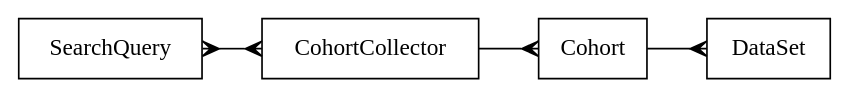
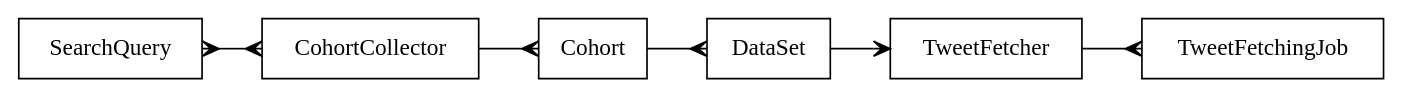
The diagram in doc/charts/architecture.dot (berkmancenter/odie_backend), drawn with Graphviz before and after one commit. The commit also changed 4 other files, not shown here.

```diff
--- a/doc/charts/architecture.dot
+++ b/doc/charts/architecture.dot
@@ -1,18 +1,22 @@
 // dot doc/charts/architecture.dot -Tpng > doc/charts/architecture.png
 // requires installation of GraphViz (brew install graphviz, or
 // http://www.graphviz.org/Download.php if that doesn't work)
 
 digraph G {
   concentrate=true
   rankdir=LR
   {
     "SearchQuery" [shape=box]
     "CohortCollector" [shape=box]
     "Cohort" [shape=box]
     "DataSet" [shape=box]
+    "TweetFetcher" [shape=box]
+    "TweetFetchingJob" [shape=box]
   }
   "SearchQuery" -> "CohortCollector" [arrowhead=crow]
   "CohortCollector" -> "SearchQuery" [arrowhead=crow]
   "CohortCollector" -> "Cohort" [arrowhead=crow]
   "Cohort" -> "DataSet" [arrowhead=crow]
+  "DataSet" -> "TweetFetcher" [arrowhead=vee]
+  "TweetFetcher" -> "TweetFetchingJob" [arrowhead=crow]
 }
```
